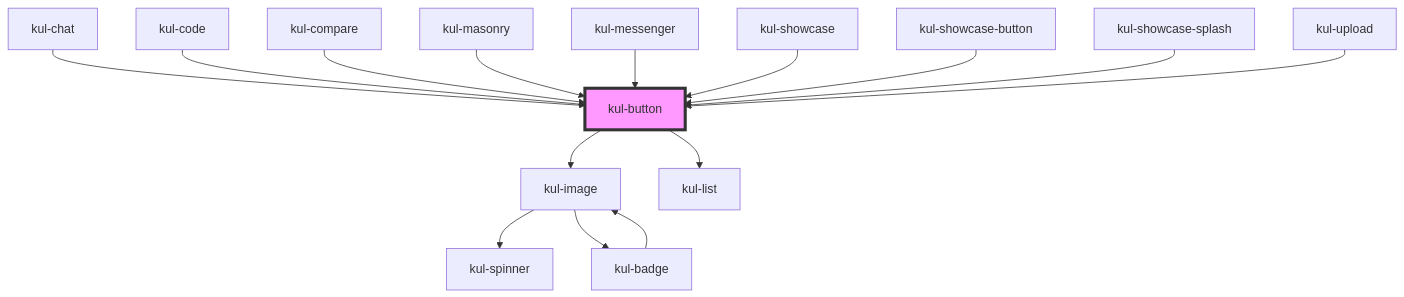
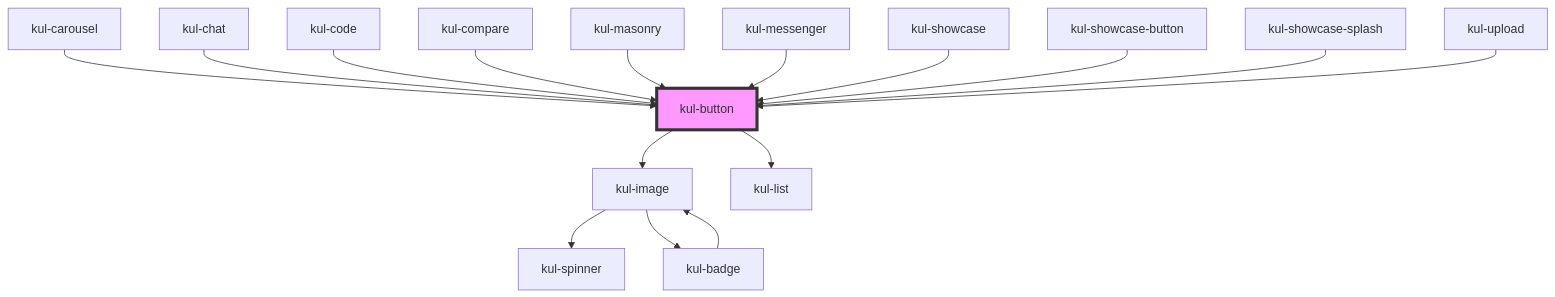
Before and after one commit to lucafoscili/ketchup-lite: the diagram in packages/ketchup-lite/src/components/kul-button/readme.md, drawn with Mermaid. The commit also changed other lines of this file and 20 other files, not shown here.

````diff
--- a/packages/ketchup-lite/src/components/kul-button/readme.md
+++ b/packages/ketchup-lite/src/components/kul-button/readme.md
@@ -158,18 +159,19 @@
 ```mermaid
 graph TD;
   kul-button --> kul-image
   kul-button --> kul-list
   kul-image --> kul-spinner
   kul-image --> kul-badge
   kul-badge --> kul-image
+  kul-carousel --> kul-button
   kul-chat --> kul-button
   kul-code --> kul-button
   kul-compare --> kul-button
   kul-masonry --> kul-button
   kul-messenger --> kul-button
   kul-showcase --> kul-button
   kul-showcase-button --> kul-button
   kul-showcase-splash --> kul-button
   kul-upload --> kul-button
   style kul-button fill:#f9f,stroke:#333,stroke-width:4px
 ```
````
